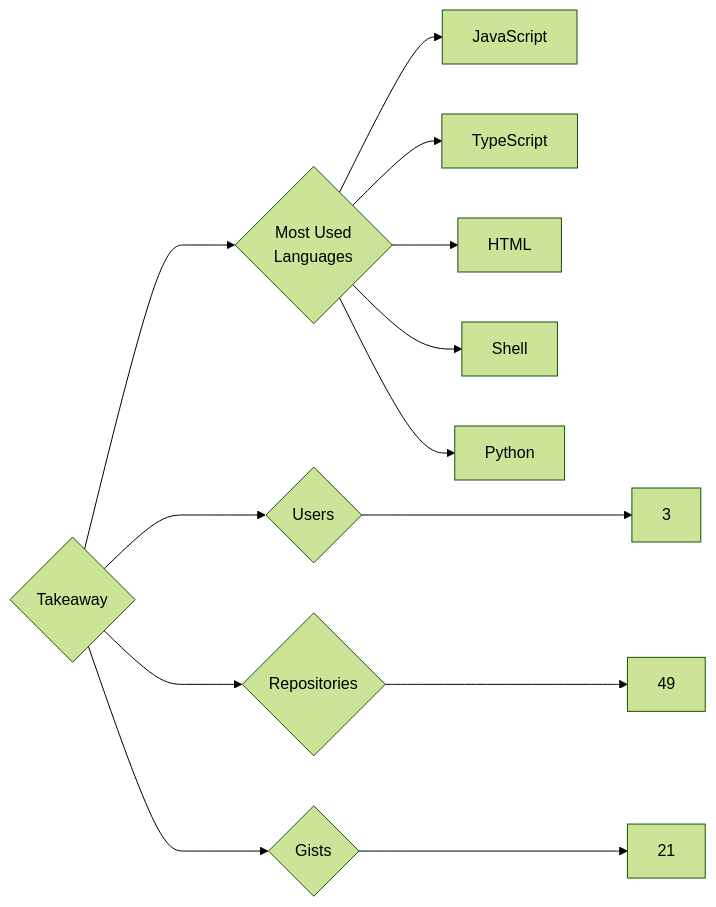
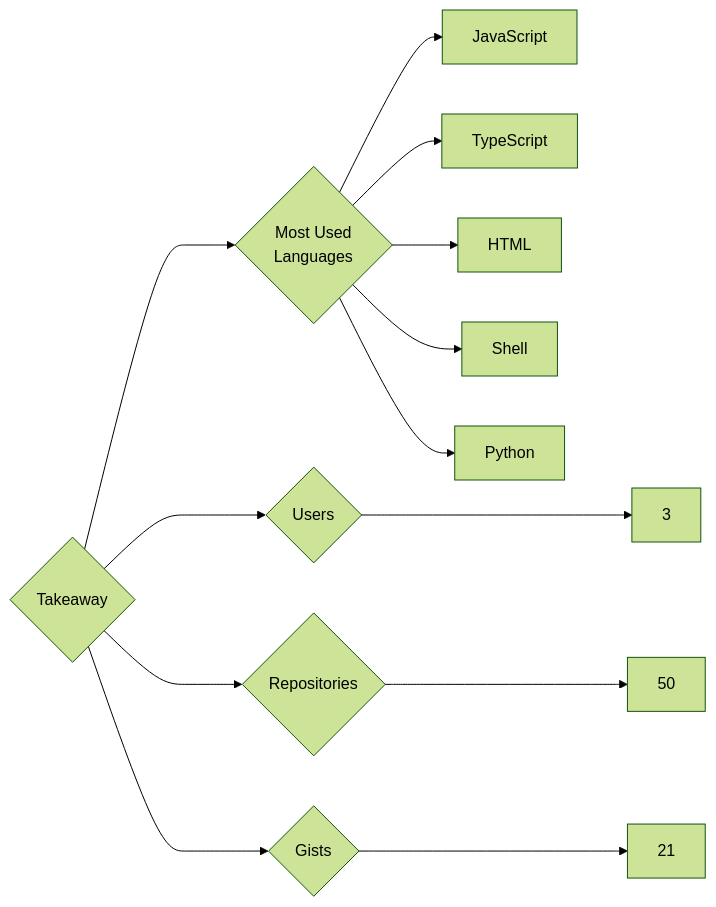
One commit to trickest/insiders changed the diagram in targets/Takeaway/README.md. Above: the diagram before and after it, drawn with Mermaid (forest theme). The commit also changed 770 other files, not shown here.

````diff
--- a/targets/Takeaway/README.md
+++ b/targets/Takeaway/README.md
@@ -3,13 +3,13 @@
 ```mermaid
 graph LR
 COMPANY_NAME{Takeaway}
 COMPANY_NAME ---> U{Users} ---> UN[3]
-COMPANY_NAME ---> R{Repositories} ---> RN[49]
+COMPANY_NAME ---> R{Repositories} ---> RN[50]
 COMPANY_NAME ---> G{Gists} ---> GN[21]
 COMPANY_NAME ---> ML{Most Used<br>Languages}
 ML --> JavaScript[JavaScript]
 ML --> TypeScript[TypeScript]
 ML --> HTML[HTML]
 ML --> Shell[Shell]
 ML --> Python[Python]
 ```
````
